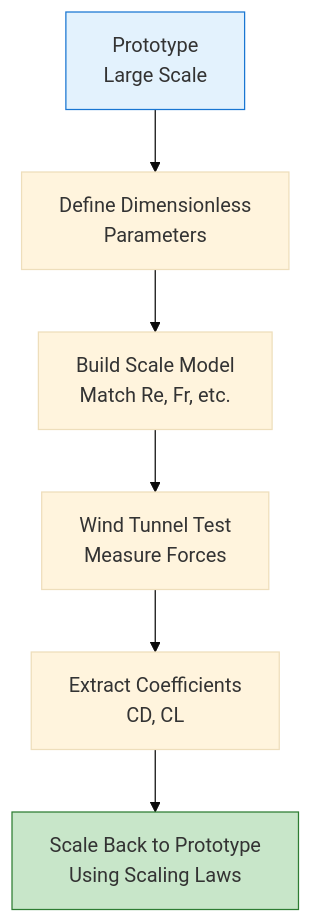
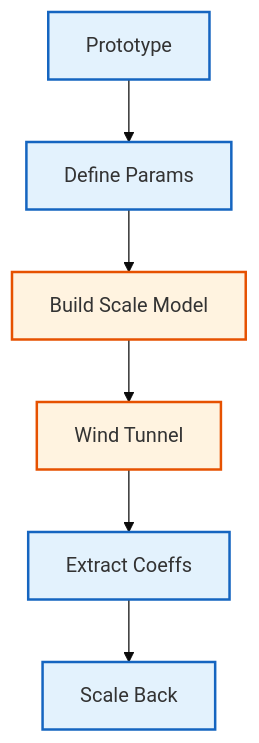
The second of 3 diagrams in MODULE_05_OPENFOAM_PROGRAMMING/CONTENT/12_DIMENSIONAL_ANALYSIS/04_Non_Dimensionalization.md (wramet/build-my-cfd), drawn with Mermaid (base theme) before and after one commit. The commit also changed other lines of this file and 313 other files, not shown here.

Commit message:
Revise all diagram

````diff
--- a/MODULE_05_OPENFOAM_PROGRAMMING/CONTENT/12_DIMENSIONAL_ANALYSIS/04_Non_Dimensionalization.md
+++ b/MODULE_05_OPENFOAM_PROGRAMMING/CONTENT/12_DIMENSIONAL_ANALYSIS/04_Non_Dimensionalization.md
@@ -359,11 +361,12 @@
 ```mermaid
 flowchart TD
-    A[Prototype<br/>Large Scale] --> B[Define Dimensionless<br/>Parameters]
-    B --> C[Build Scale Model<br/>Match Re, Fr, etc.]
-    C --> D[Wind Tunnel Test<br/>Measure Forces]
-    D --> E[Extract Coefficients<br/>CD, CL]
-    E --> F[Scale Back to Prototype<br/>Using Scaling Laws]
-
-    style A fill:#e3f2fd,stroke:#1976d2
-    style F fill:#c8e6c9,stroke:#2e7d32
+%% Classes
+classDef explicit fill:#fff3e0,stroke:#e65100,stroke-width:2px;
+classDef implicit fill:#e3f2fd,stroke:#1565c0,stroke-width:2px;
+%% Nodes
+A[Prototype]:::implicit --> B[Define Params]:::implicit
+B --> C[Build Scale Model]:::explicit
+C --> D[Wind Tunnel]:::explicit
+D --> E[Extract Coeffs]:::implicit
+E --> F[Scale Back]:::implicit
 ```
````
